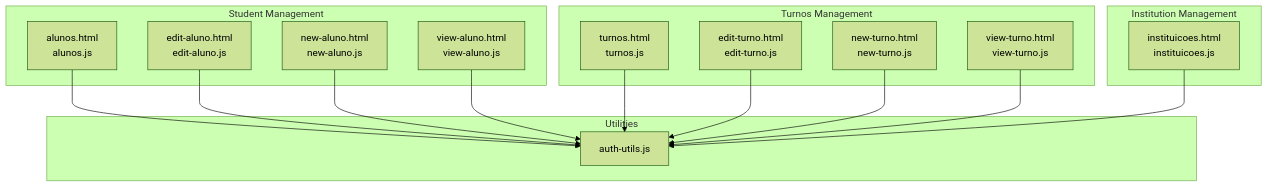
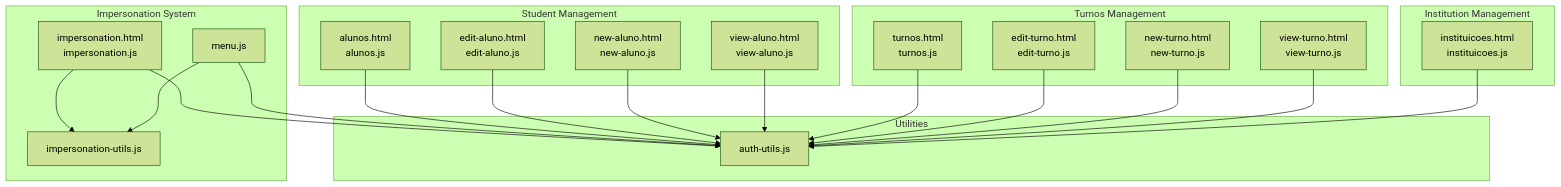
The first of 6 diagrams in .qoder/repowiki/en/content/Frontend Architecture/Entity Management Interfaces.md (luiseduacosta/nodemural), drawn with Mermaid (forest theme) before and after one commit. The commit also changed other lines of this file and 30 other files, not shown here.

Commit message:
Update tables schema.

````diff
--- a/.qoder/repowiki/en/content/Frontend Architecture/Entity Management Interfaces.md
+++ b/.qoder/repowiki/en/content/Frontend Architecture/Entity Management Interfaces.md
@@ -56,30 +63,39 @@
 ```mermaid
 graph TB
 subgraph "Student Management"
 A1["alunos.html<br/>alunos.js"]
 A2["edit-aluno.html<br/>edit-aluno.js"]
 A3["new-aluno.html<br/>new-aluno.js"]
 A4["view-aluno.html<br/>view-aluno.js"]
 end
 subgraph "Turnos Management"
 T1["turnos.html<br/>turnos.js"]
 T2["edit-turno.html<br/>edit-turno.js"]
 T3["new-turno.html<br/>new-turno.js"]
 T4["view-turno.html<br/>view-turno.js"]
 end
 subgraph "Institution Management"
 I1["instituicoes.html<br/>instituicoes.js"]
 end
+subgraph "Impersonation System"
+IS1["impersonation.html<br/>impersonation.js"]
+IS2["impersonation-utils.js"]
+IS3["menu.js"]
+end
 subgraph "Utilities"
 U1["auth-utils.js"]
 end
 A1 --> U1
 A2 --> U1
 A3 --> U1
 A4 --> U1
 T1 --> U1
 T2 --> U1
 T3 --> U1
 T4 --> U1
 I1 --> U1
+IS1 --> IS2
+IS1 --> U1
+IS3 --> IS2
+IS3 --> U1
 ```
````
